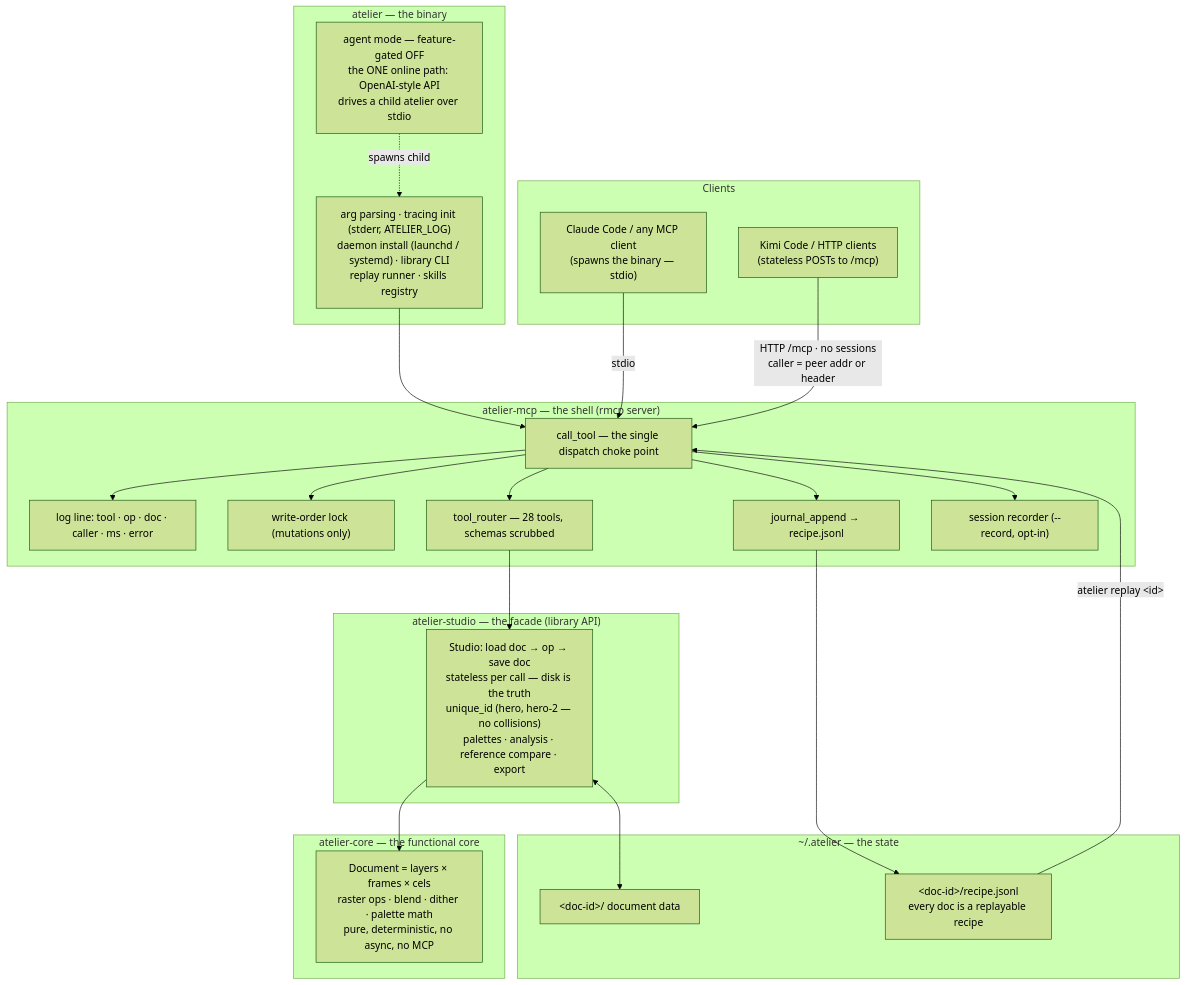
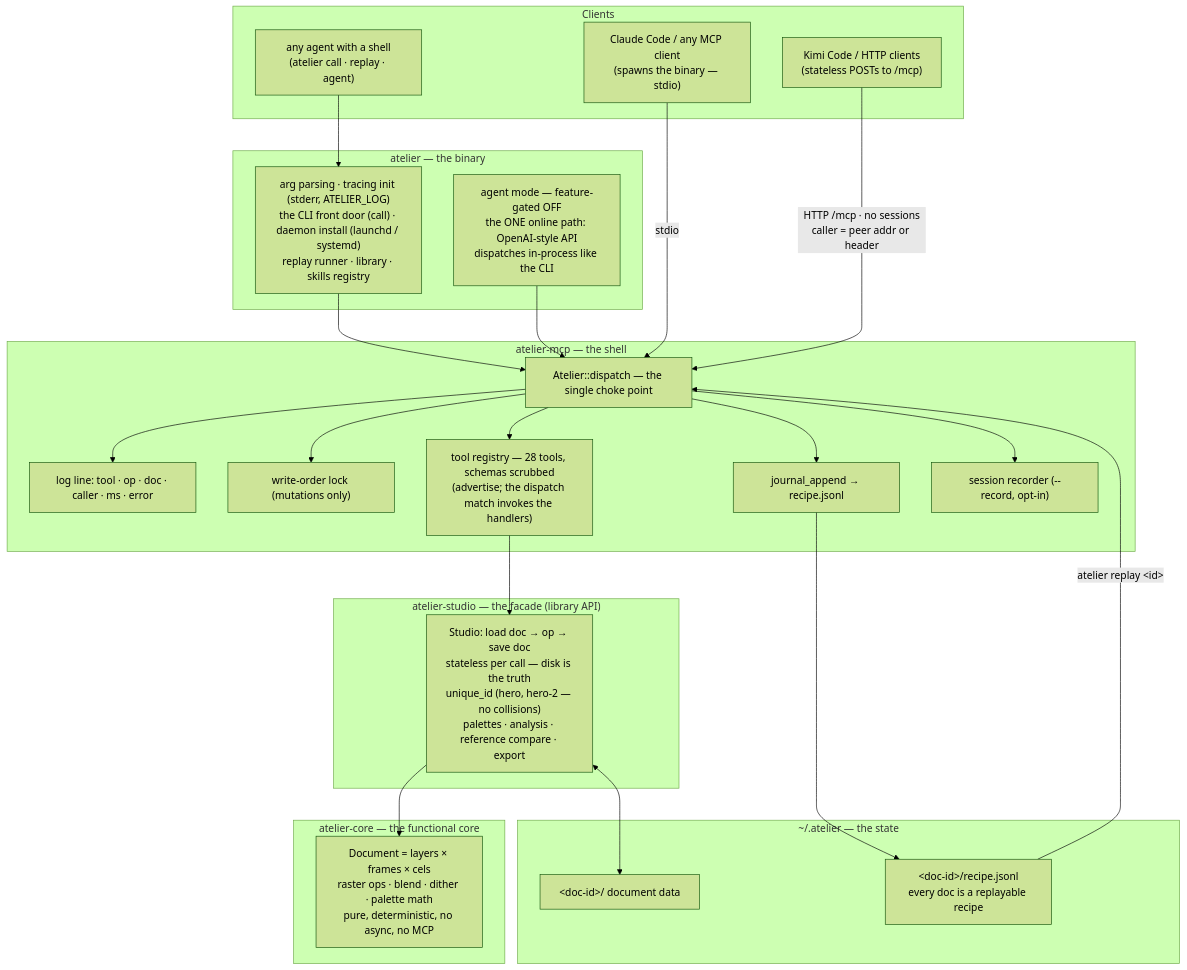
Before and after one commit to marmikshah/atelier: the diagram in docs/ARCHITECTURE.md, drawn with Mermaid (forest theme). The commit also changed other lines of this file and 12 other files, not shown here.

````diff
--- a/docs/ARCHITECTURE.md
+++ b/docs/ARCHITECTURE.md
@@ -41,49 +43,51 @@
 ```mermaid
 flowchart TB
     subgraph clients["Clients"]
+        shell["any agent with a shell<br/>(atelier call · replay · agent)"]
         cc["Claude Code / any MCP client<br/>(spawns the binary — stdio)"]
         kimi["Kimi Code / HTTP clients<br/>(stateless POSTs to /mcp)"]
     end
 
     subgraph bin["atelier — the binary"]
-        main["arg parsing · tracing init (stderr, ATELIER_LOG)<br/>daemon install (launchd / systemd) · library CLI<br/>replay runner · skills registry"]
-        agent["agent mode — feature-gated OFF<br/>the ONE online path: OpenAI-style API<br/>drives a child atelier over stdio"]
+        main["arg parsing · tracing init (stderr, ATELIER_LOG)<br/>the CLI front door (call) · daemon install (launchd / systemd)<br/>replay runner · library · skills registry"]
+        agent["agent mode — feature-gated OFF<br/>the ONE online path: OpenAI-style API<br/>dispatches in-process like the CLI"]
     end
 
-    subgraph mcp["atelier-mcp — the shell (rmcp server)"]
-        dispatch["call_tool — the single dispatch choke point"]
+    subgraph mcp["atelier-mcp — the shell"]
+        dispatch["Atelier::dispatch — the single choke point"]
         log["log line: tool · op · doc · caller · ms · error"]
         order["write-order lock (mutations only)"]
-        router["tool_router — 28 tools, schemas scrubbed"]
+        router["tool registry — 28 tools, schemas scrubbed<br/>(advertise; the dispatch match invokes the handlers)"]
         journal["journal_append → recipe.jsonl"]
         recorder["session recorder (--record, opt-in)"]
     end
 
     subgraph studio["atelier-studio — the facade (library API)"]
         facade["Studio: load doc → op → save doc<br/>stateless per call — disk is the truth<br/>unique_id (hero, hero-2 — no collisions)<br/>palettes · analysis · reference compare · export"]
     end
 
     subgraph core["atelier-core — the functional core"]
         model["Document = layers × frames × cels<br/>raster ops · blend · dither · palette math<br/>pure, deterministic, no async, no MCP"]
     end
 
     subgraph disk["~/.atelier — the state"]
         store["&lt;doc-id&gt;/ document data"]
         recipe["&lt;doc-id&gt;/recipe.jsonl<br/>every doc is a replayable recipe"]
     end
 
+    shell --> main
     cc -- stdio --> dispatch
     kimi -- "HTTP /mcp · no sessions<br/>caller = peer addr or header" --> dispatch
     main --> dispatch
-    agent -. spawns child .-> main
+    agent --> dispatch
     dispatch --> log
     dispatch --> order
     dispatch --> router
     dispatch --> journal
     dispatch --> recorder
     router --> facade
     facade --> model
     facade <--> store
     journal --> recipe
     recipe -- "atelier replay &lt;id&gt;" --> dispatch
 ```
````
